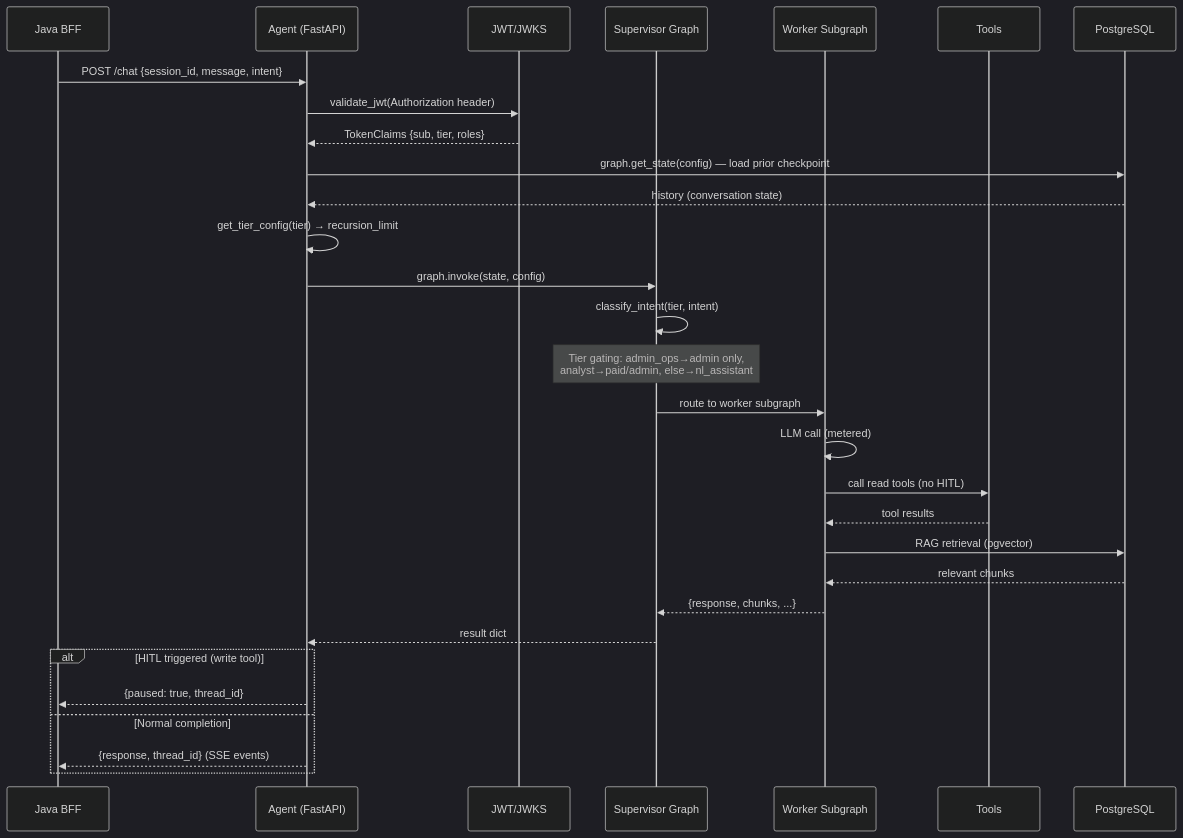
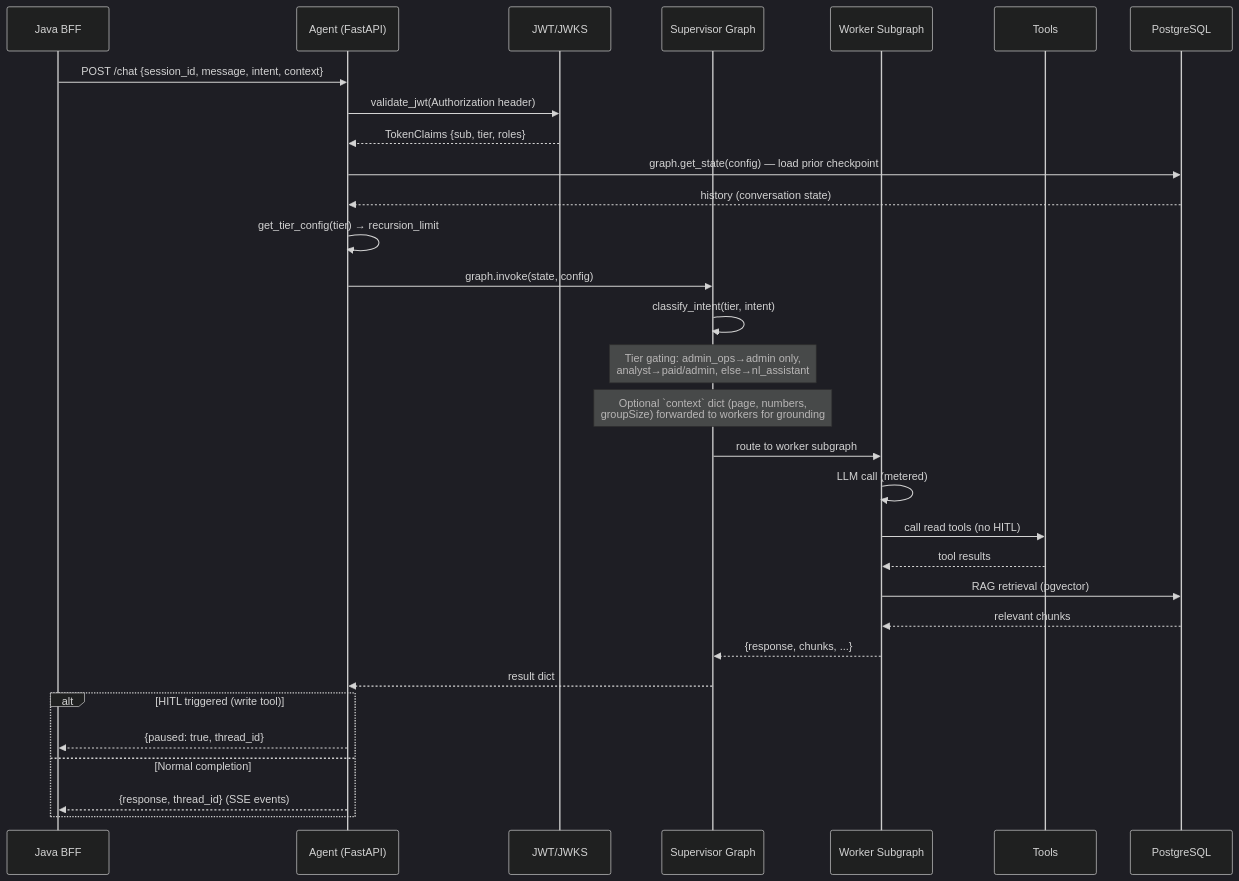
The first of 7 diagrams in docs/FLOWS.md (lihai1/statistiloto-agent), drawn with Mermaid (dark theme) before and after one commit. The commit also changed other lines of this file and 40 other files, not shown here.

````diff
--- a/docs/FLOWS.md
+++ b/docs/FLOWS.md
@@ -7,37 +7,38 @@
 ```mermaid
 sequenceDiagram
     participant BFF as Java BFF
     participant Agent as Agent (FastAPI)
     participant Auth as JWT/JWKS
     participant Sup as Supervisor Graph
     participant Worker as Worker Subgraph
     participant Tools as Tools
     participant DB as PostgreSQL
 
-    BFF->>Agent: POST /chat {session_id, message, intent}
+    BFF->>Agent: POST /chat {session_id, message, intent, context}
     Agent->>Auth: validate_jwt(Authorization header)
     Auth-->>Agent: TokenClaims {sub, tier, roles}
 
     Agent->>DB: graph.get_state(config) — load prior checkpoint
     DB-->>Agent: history (conversation state)
 
     Agent->>Agent: get_tier_config(tier) → recursion_limit
     Agent->>Sup: graph.invoke(state, config)
     Sup->>Sup: classify_intent(tier, intent)
     Note over Sup: Tier gating: admin_ops→admin only,<br/>analyst→paid/admin, else→nl_assistant
+    Note over Sup: Optional `context` dict (page, numbers,<br/>groupSize) forwarded to workers for grounding
 
     Sup->>Worker: route to worker subgraph
     Worker->>Worker: LLM call (metered)
     Worker->>Tools: call read tools (no HITL)
     Tools-->>Worker: tool results
     Worker->>DB: RAG retrieval (pgvector)
     DB-->>Worker: relevant chunks
     Worker-->>Sup: {response, chunks, ...}
     Sup-->>Agent: result dict
 
     alt HITL triggered (write tool)
         Agent-->>BFF: {paused: true, thread_id}
     else Normal completion
         Agent-->>BFF: {response, thread_id} (SSE events)
     end
 ```
````
